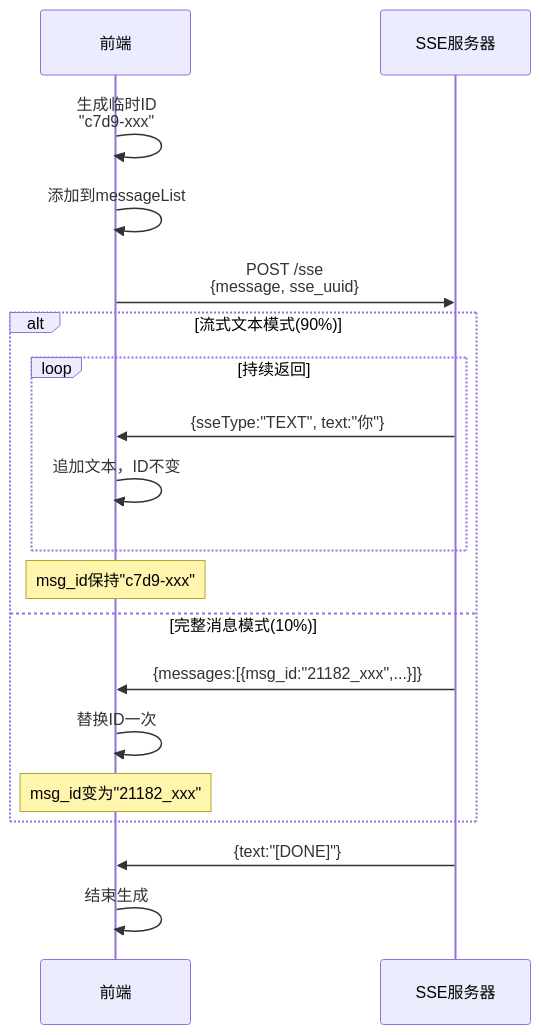
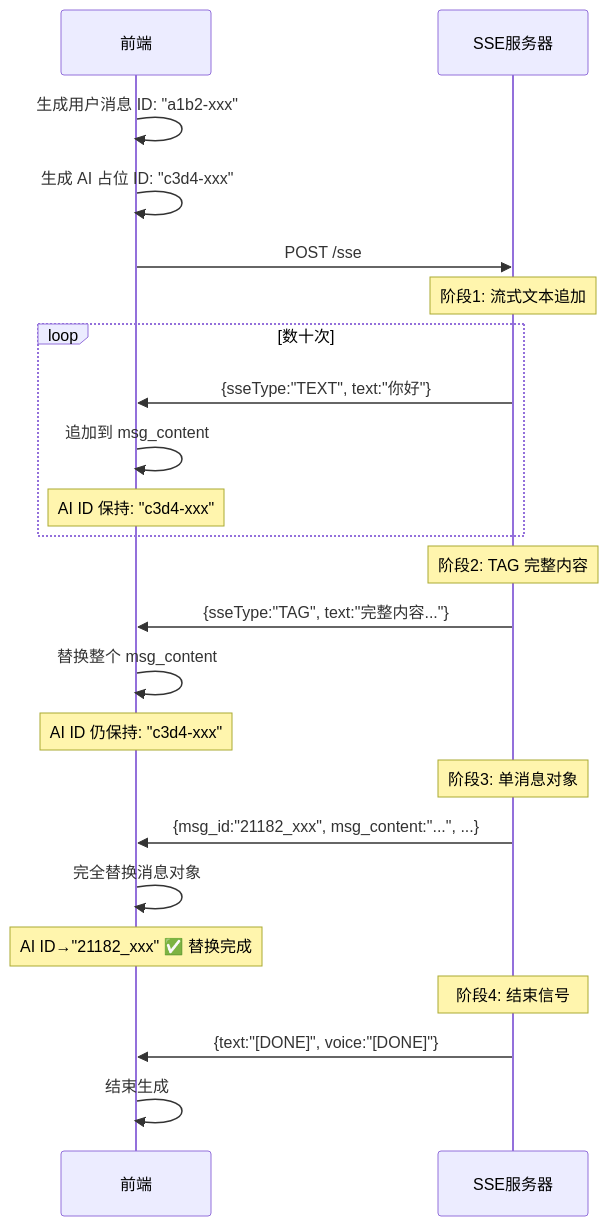
Before and after one commit to zhaoky/site: the second of 4 diagrams in docs/ai/8.md, drawn with Mermaid. The commit also changed other lines of this file, not shown here.

````diff
--- a/docs/ai/8.md
+++ b/docs/ai/8.md
@@ -101,24 +283,30 @@
 ```mermaid
 sequenceDiagram
     participant F as 前端
     participant S as SSE服务器
 
-    F->>F: 生成临时ID<br/>"c7d9-xxx"
-    F->>F: 添加到messageList
-    F->>S: POST /sse<br/>{message, sse_uuid}
+    F->>F: 生成用户消息 ID: "a1b2-xxx"
+    F->>F: 生成 AI 占位 ID: "c3d4-xxx"
+    F->>S: POST /sse
 
-    alt 流式文本模式(90%)
-        loop 持续返回
-            S->>F: {sseType:"TEXT", text:"你"}
-            F->>F: 追加文本，ID不变
-        end
-        Note over F: msg_id保持"c7d9-xxx"
-    else 完整消息模式(10%)
-        S->>F: {messages:[{msg_id:"21182_xxx",...}]}
-        F->>F: 替换ID一次
-        Note over F: msg_id变为"21182_xxx"
+    Note over S: 阶段1: 流式文本追加
+    loop 数十次
+        S->>F: {sseType:"TEXT", text:"你好"}
+        F->>F: 追加到 msg_content
+        Note over F: AI ID 保持: "c3d4-xxx"
     end
 
-    S->>F: {text:"[DONE]"}
+    Note over S: 阶段2: TAG 完整内容
+    S->>F: {sseType:"TAG", text:"完整内容..."}
+    F->>F: 替换整个 msg_content
+    Note over F: AI ID 仍保持: "c3d4-xxx"
+
+    Note over S: 阶段3: 单消息对象
+    S->>F: {msg_id:"21182_xxx", msg_content:"...", ...}
+    F->>F: 完全替换消息对象
+    Note over F: AI ID→"21182_xxx" ✅ 替换完成
+
+    Note over S: 阶段4: 结束信号
+    S->>F: {text:"[DONE]", voice:"[DONE]"}
     F->>F: 结束生成
 ```
````
